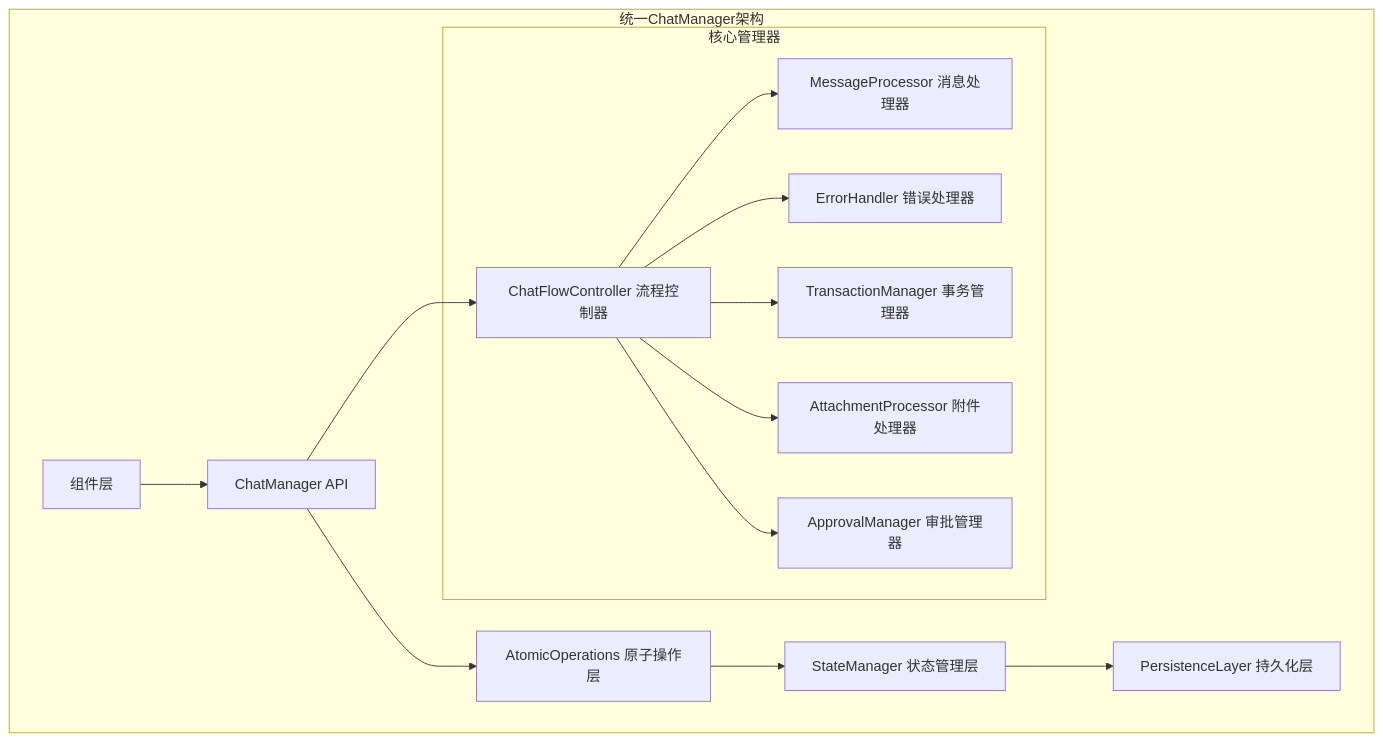
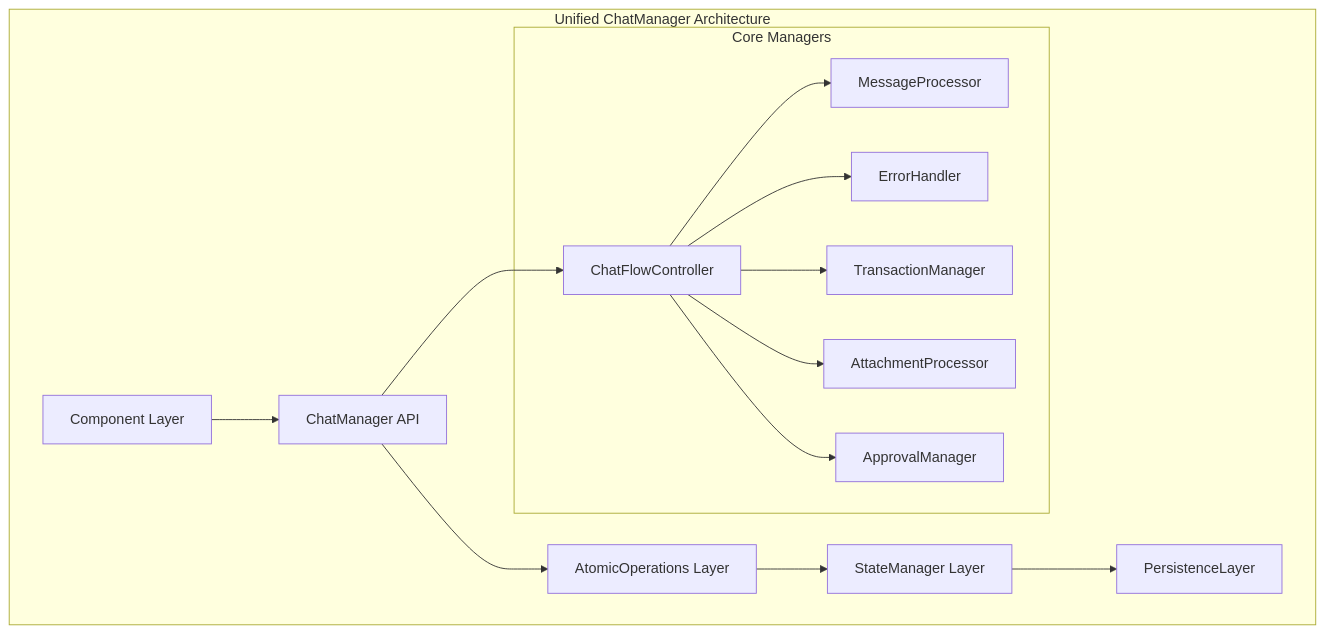
Before and after one commit to bigduu/copilot_client_app: the second of 7 diagrams in docs/architecture/_archive/UNIFIED_CHAT_FLOW_ARCHITECTURE.md, drawn with Mermaid. The commit also changed other lines of this file and 49 other files, not shown here.

````diff
--- a/docs/architecture/_archive/UNIFIED_CHAT_FLOW_ARCHITECTURE.md
+++ b/docs/architecture/_archive/UNIFIED_CHAT_FLOW_ARCHITECTURE.md
@@ -51,25 +51,25 @@
 ```mermaid
 graph TB
-    subgraph "统一ChatManager架构"
-        A[组件层] --> B[ChatManager API]
-        B --> C[AtomicOperations 原子操作层]
-        C --> D[StateManager 状态管理层]
-        D --> E[PersistenceLayer 持久化层]
-        
-        subgraph "核心管理器"
-            F[ChatFlowController 流程控制器]
-            G[MessageProcessor 消息处理器]
-            H[ErrorHandler 错误处理器]
-            I[TransactionManager 事务管理器]
-            J[AttachmentProcessor 附件处理器]
-            K[ApprovalManager 审批管理器]
+    subgraph "Unified ChatManager Architecture"
+        A[Component Layer] --> B[ChatManager API]
+        B --> C[AtomicOperations Layer]
+        C --> D[StateManager Layer]
+        D --> E[PersistenceLayer]
+
+        subgraph "Core Managers"
+            F[ChatFlowController]
+            G[MessageProcessor]
+            H[ErrorHandler]
+            I[TransactionManager]
+            J[AttachmentProcessor]
+            K[ApprovalManager]
         end
-        
+
         B --> F
         F --> G
         F --> H
         F --> I
         F --> J
         F --> K
     end
 ```
````
